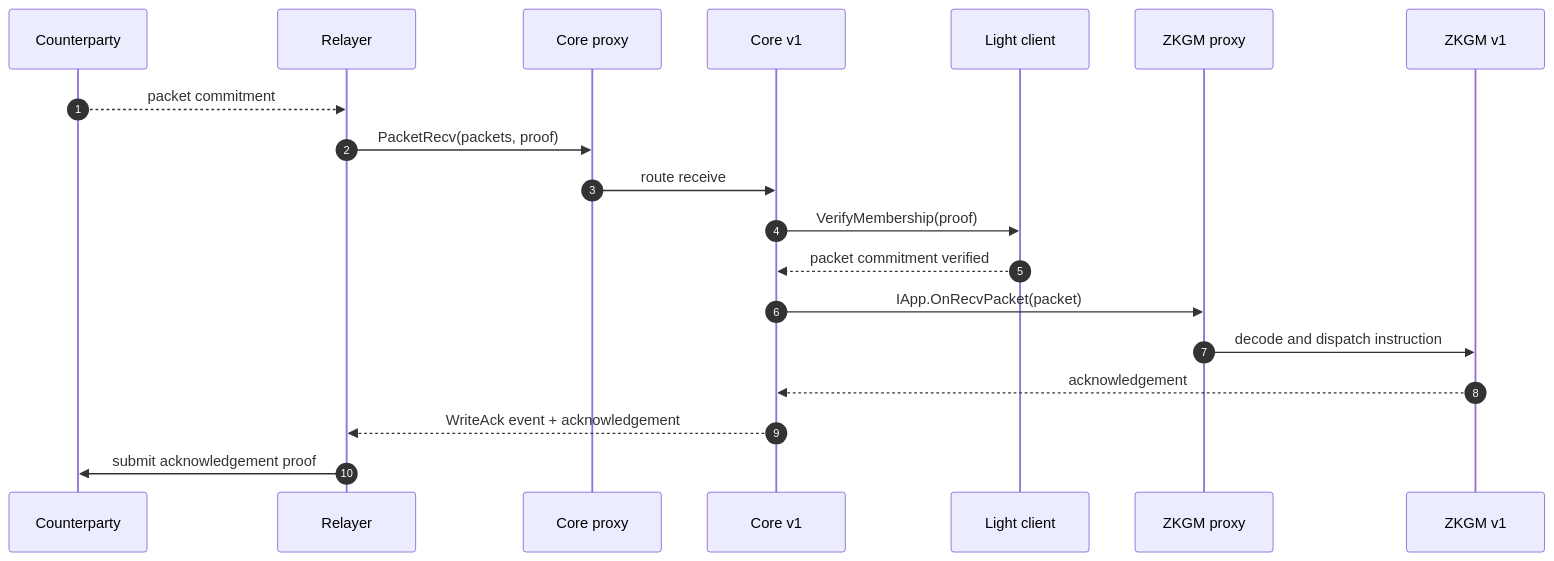
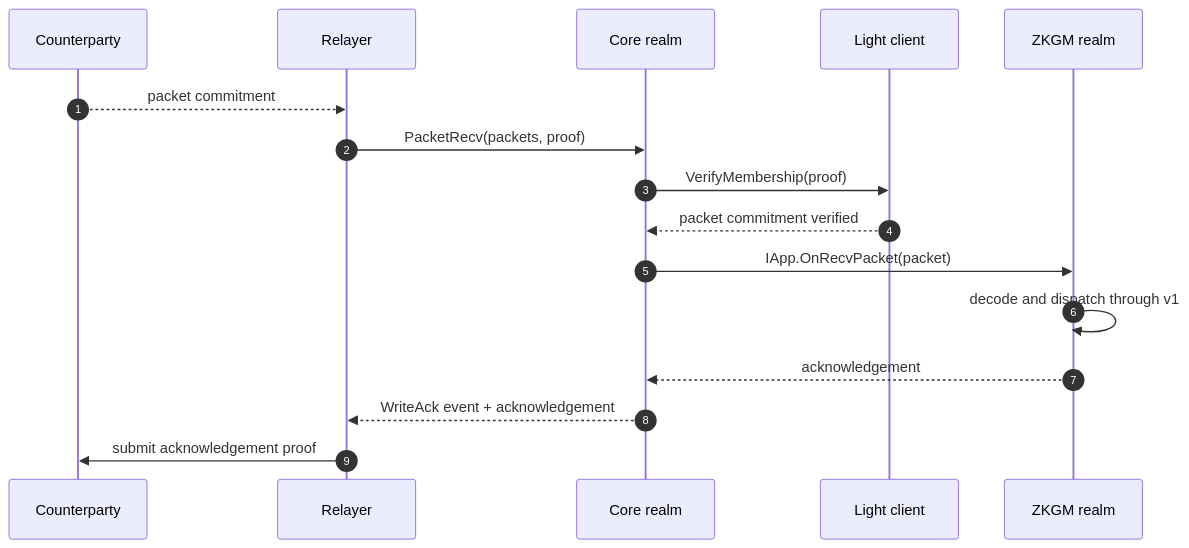
Before and after one commit to onbloc/gno-ibc: the fourth of 4 diagrams in docs/architecture/process-flows.md, drawn with Mermaid. The commit also changed other lines of this file, not shown here.

Commit message:
docs: simplify process flow realm labels

````diff
--- a/docs/architecture/process-flows.md
+++ b/docs/architecture/process-flows.md
@@ -119,22 +112,19 @@
 ```mermaid
 sequenceDiagram
     autonumber
     participant Counterparty
     participant Relayer
-    participant Core as Core proxy
-    participant CoreV1 as Core v1
+    participant Core as Core realm
     participant LC as Light client
-    participant ZKGM as ZKGM proxy
-    participant ZKGMV1 as ZKGM v1
+    participant ZKGM as ZKGM realm
 
     Counterparty-->>Relayer: packet commitment
     Relayer->>Core: PacketRecv(packets, proof)
-    Core->>CoreV1: route receive
-    CoreV1->>LC: VerifyMembership(proof)
-    LC-->>CoreV1: packet commitment verified
-    CoreV1->>ZKGM: IApp.OnRecvPacket(packet)
-    ZKGM->>ZKGMV1: decode and dispatch instruction
-    ZKGMV1-->>CoreV1: acknowledgement
-    CoreV1-->>Relayer: WriteAck event + acknowledgement
+    Core->>LC: VerifyMembership(proof)
+    LC-->>Core: packet commitment verified
+    Core->>ZKGM: IApp.OnRecvPacket(packet)
+    ZKGM->>ZKGM: decode and dispatch through v1
+    ZKGM-->>Core: acknowledgement
+    Core-->>Relayer: WriteAck event + acknowledgement
     Relayer->>Counterparty: submit acknowledgement proof
 ```
````
